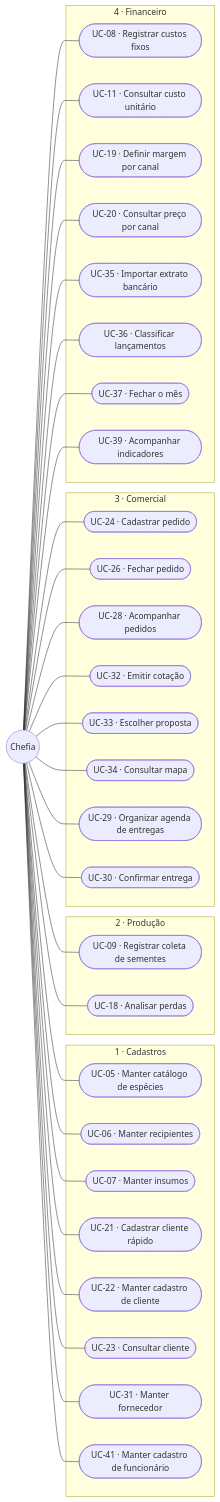
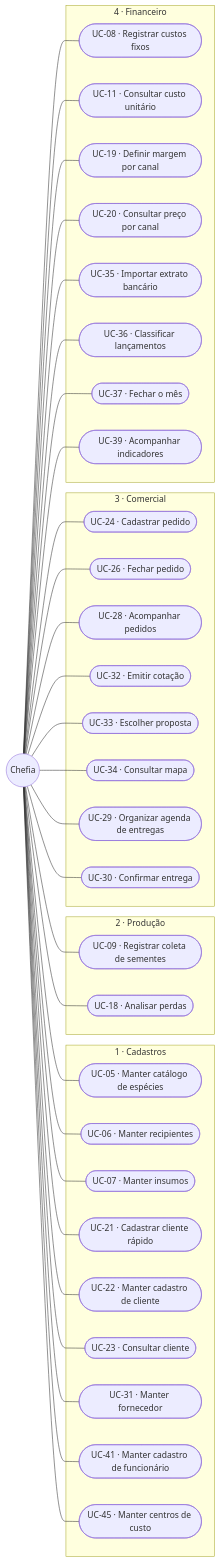
The second of 5 diagrams in docs/engenharia/C-modelagem/C1-diagrama-casos-de-uso.md (JoaoMudar/mudar), drawn with Mermaid before and after one commit. The commit also changed other lines of this file and 43 other files, not shown here.

````diff
--- a/docs/engenharia/C-modelagem/C1-diagrama-casos-de-uso.md
+++ b/docs/engenharia/C-modelagem/C1-diagrama-casos-de-uso.md
@@ -118,69 +118,71 @@
 ```mermaid
 graph LR
   CH(("Chefia"))
 
   subgraph M1["1 · Cadastros"]
     UC05(["UC-05 · Manter catálogo de espécies"])
     UC06(["UC-06 · Manter recipientes"])
     UC07(["UC-07 · Manter insumos"])
     UC21(["UC-21 · Cadastrar cliente rápido"])
     UC22(["UC-22 · Manter cadastro de cliente"])
     UC23(["UC-23 · Consultar cliente"])
     UC31(["UC-31 · Manter fornecedor"])
     UC41(["UC-41 · Manter cadastro de funcionário"])
+    UC45(["UC-45 · Manter centros de custo"])
   end
 
   subgraph M2["2 · Produção"]
     UC09(["UC-09 · Registrar coleta de sementes"])
     UC18(["UC-18 · Analisar perdas"])
   end
 
   subgraph M3["3 · Comercial"]
     UC24(["UC-24 · Cadastrar pedido"])
     UC26(["UC-26 · Fechar pedido"])
     UC28(["UC-28 · Acompanhar pedidos"])
     UC32(["UC-32 · Emitir cotação"])
     UC33(["UC-33 · Escolher proposta"])
     UC34(["UC-34 · Consultar mapa"])
     UC29(["UC-29 · Organizar agenda de entregas"])
     UC30(["UC-30 · Confirmar entrega"])
   end
 
   subgraph M4["4 · Financeiro"]
     UC08(["UC-08 · Registrar custos fixos"])
     UC11(["UC-11 · Consultar custo unitário"])
     UC19(["UC-19 · Definir margem por canal"])
     UC20(["UC-20 · Consultar preço por canal"])
     UC35(["UC-35 · Importar extrato bancário"])
     UC36(["UC-36 · Classificar lançamentos"])
     UC37(["UC-37 · Fechar o mês"])
     UC39(["UC-39 · Acompanhar indicadores"])
   end
 
   CH --- UC05
   CH --- UC06
   CH --- UC07
   CH --- UC08
   CH --- UC09
   CH --- UC21
   CH --- UC22
   CH --- UC23
   CH --- UC24
   CH --- UC26
   CH --- UC28
   CH --- UC19
   CH --- UC20
   CH --- UC11
   CH --- UC31
   CH --- UC41
+  CH --- UC45
   CH --- UC32
   CH --- UC33
   CH --- UC34
   CH --- UC29
   CH --- UC30
   CH --- UC35
   CH --- UC36
   CH --- UC37
   CH --- UC18
   CH --- UC39
 ```
````
